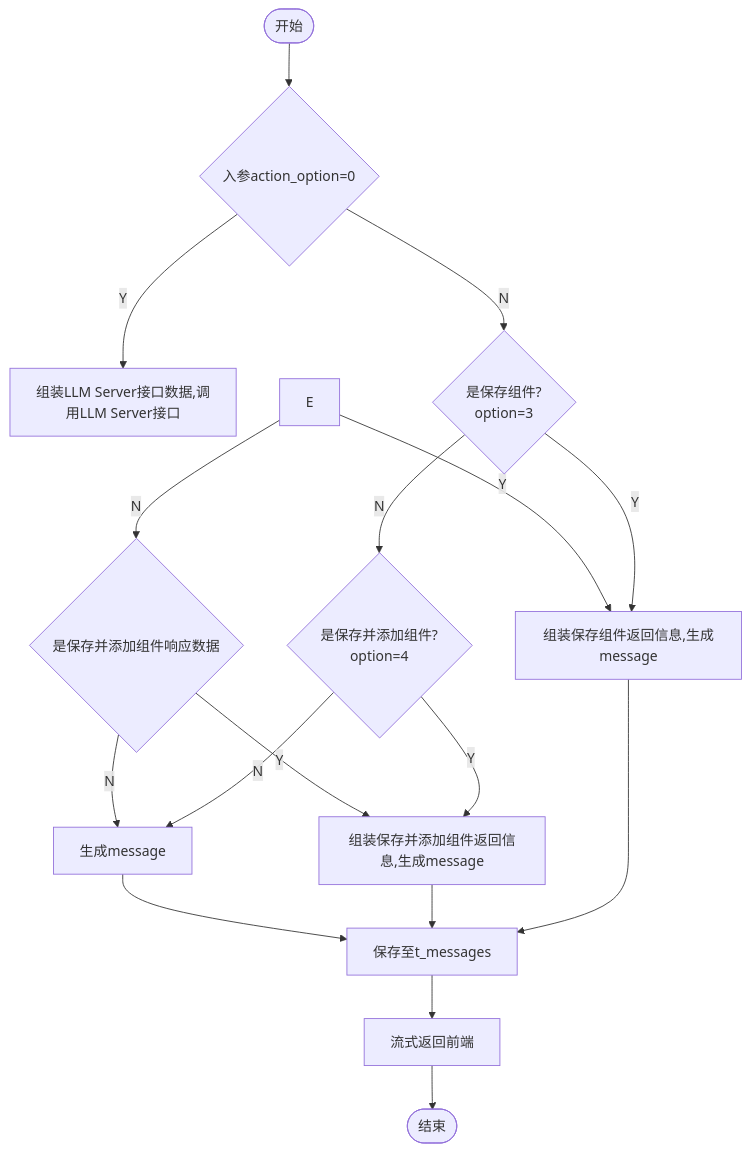
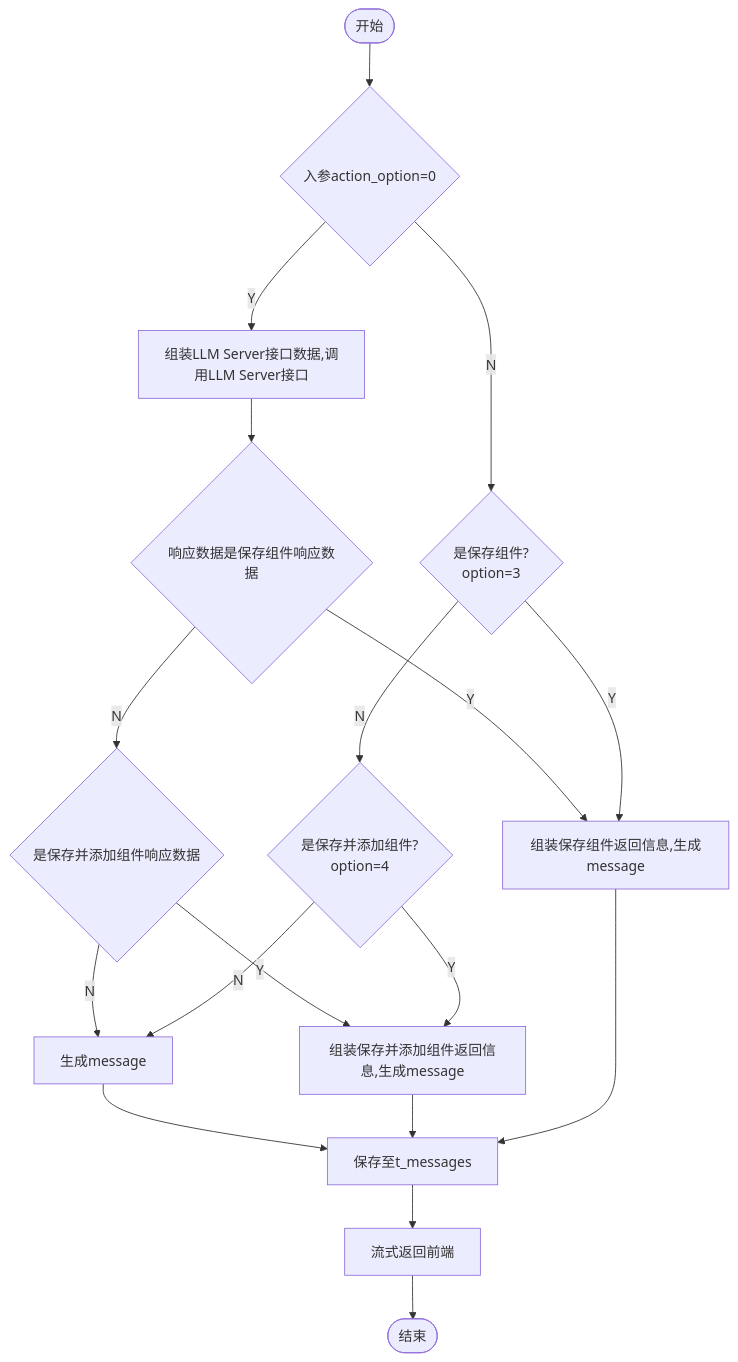
The diagram in all/添加保存组件.md (yingjianzh/iodraw-files), drawn with Mermaid before and after one commit.

Commit message:
2024-10-15 15:24:05 update

````diff
--- a/all/添加保存组件.md
+++ b/all/添加保存组件.md
@@ -1,20 +1,21 @@
 ```mermaid
 flowchart TD
     A([开始]) --> B{入参action_option=0}
     B -- Y --> C[组装LLM Server接口数据,调用LLM Server接口]
+    C --> E{响应数据是保存组件响应数据}
     B -- N --> D{是保存组件? \n option=3}
     E -- N --> L{是保存并添加组件响应数据}
     E -- Y --> F[组装保存组件返回信息,生成message]
     
     L -- N --> R[生成message]
     R --> G
     L -- Y --> K
     D -- Y --> F
     D -- N --> J{是保存并添加组件? \n option=4}
     J -- Y --> K[组装保存并添加组件返回信息,生成message]
     K --> G
     J -- N --> R
     F --> G[保存至t_messages]
     G --> H[流式返回前端]
     H --> I([结束])
 ```
````
